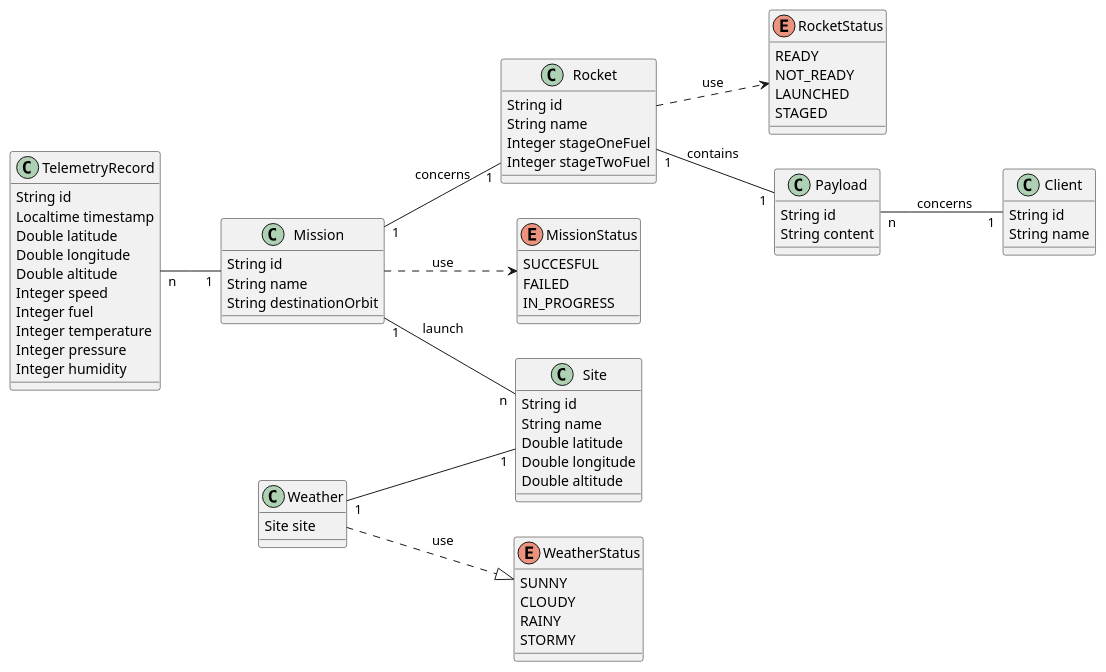
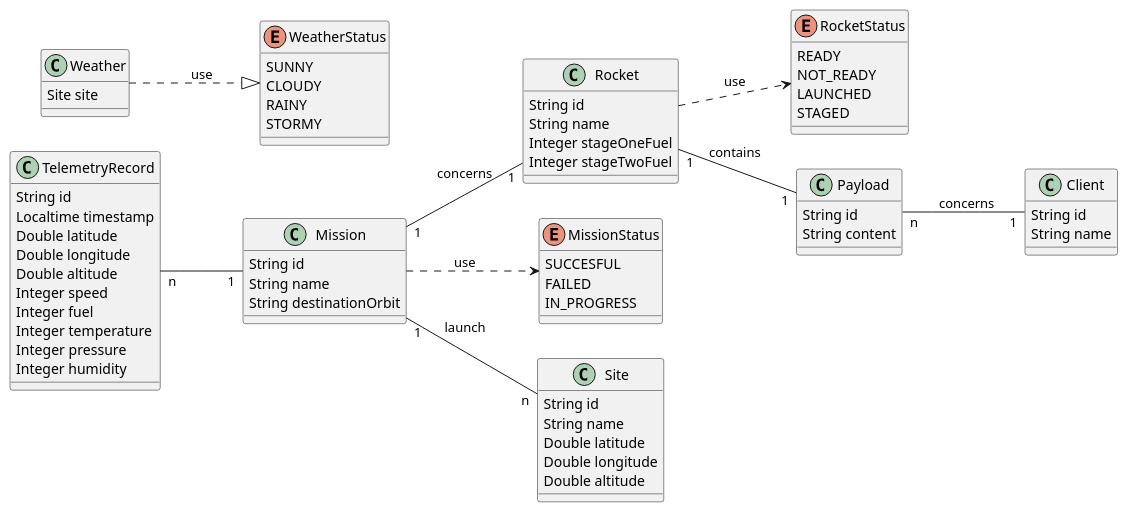
One commit to ImeneYAHIAOUI/MARS-Y changed the diagram in docs/class-diagram.wsd. Above: the diagram before and after it, drawn with PlantUML. The commit also changed 14 other files, not shown here.

```diff
--- a/docs/class-diagram.wsd
+++ b/docs/class-diagram.wsd
@@ -1,84 +1,83 @@
 @startuml
 left to right direction
 
 class TelemetryRecord {
     String id
     Localtime timestamp
     Double latitude
     Double longitude
     Double altitude 
     Integer speed 
     Integer fuel 
     Integer temperature
     Integer pressure
     Integer humidity
 }
 
 enum RocketStatus {
     READY
     NOT_READY
     LAUNCHED
     STAGED
 }
 
 class Rocket {
     String id
     String name
     Integer stageOneFuel
     Integer stageTwoFuel
 }
 
 class Payload {
     String id 
     String content
 } 
 
 class Mission {
     String id 
     String name 
     String destinationOrbit
 }
 
 enum MissionStatus {
     SUCCESFUL
     FAILED
     IN_PROGRESS
 }
 
 class Site {
     String id
     String name
     Double latitude
     Double longitude
     Double altitude
 }
 Enum WeatherStatus {
     SUNNY
     CLOUDY
     RAINY
     STORMY
 }
 
 class Weather {
     Site site
 }
 
 Weather ..|> WeatherStatus : use
-Weather "1"--"1" Site
 
 class Client {
     String id 
     String name 
 }
 
 Rocket ..> RocketStatus : use
 Rocket "1"--"1" Payload : contains
 Payload "n"--"1" Client : concerns
 Mission "1"--"n" Site : launch
 Mission "1"--"1" Rocket : concerns
 Mission ..> MissionStatus : use
 
 
 TelemetryRecord "n"--"1" Mission
 
 @enduml
```
